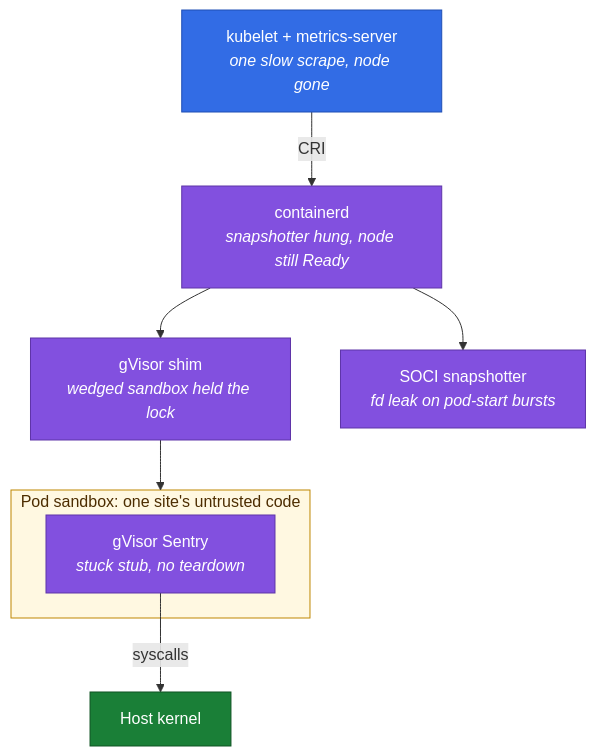
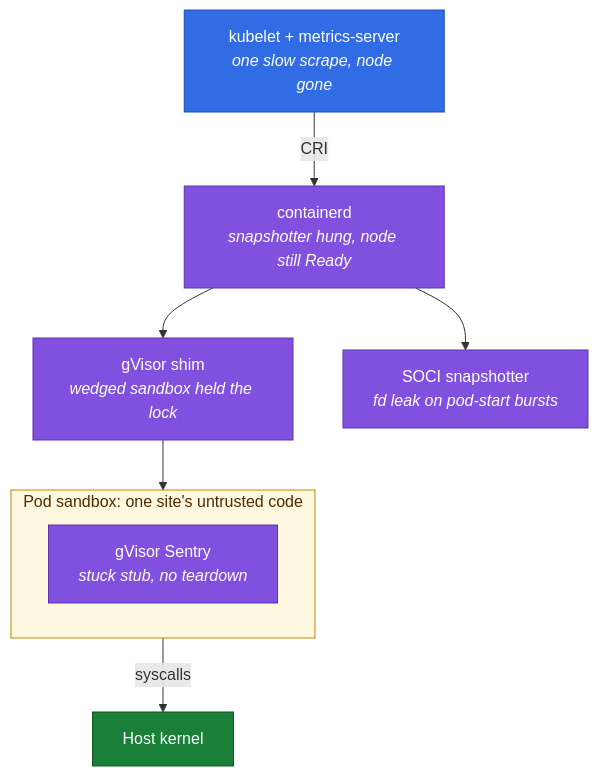
The diagram in README.md (NahumLitvin/NahumLitvin), drawn with Mermaid before and after one commit.

Commit message:
Shorten the syscalls edge

````diff
--- a/README.md
+++ b/README.md
@@ -9,18 +9,18 @@
 ```mermaid
 flowchart TD
   kubelet["kubelet + metrics-server<br/><i>one slow scrape, node gone</i>"] -->|CRI| ctr["containerd<br/><i>snapshotter hung, node still Ready</i>"]
   ctr --> shim["gVisor shim<br/><i>wedged sandbox held the lock</i>"]
   ctr --> soci["SOCI snapshotter<br/><i>fd leak on pod-start bursts</i>"]
   shim --> sandbox
   subgraph sandbox["Pod sandbox: one site's untrusted code"]
     sentry["gVisor Sentry<br/><i>stuck stub, no teardown</i>"]
   end
-  sentry -->|syscalls| kernel["Host kernel"]
+  sandbox -->|syscalls| kernel["Host kernel"]
   style sandbox fill:#fff8e1,stroke:#bf8700,color:#4d2d00
   style kubelet fill:#326ce5,stroke:#1f4fb4,color:#ffffff
   style ctr fill:#8250df,stroke:#5e34a8,color:#ffffff
   style soci fill:#8250df,stroke:#5e34a8,color:#ffffff
   style shim fill:#8250df,stroke:#5e34a8,color:#ffffff
   style sentry fill:#8250df,stroke:#5e34a8,color:#ffffff
   style kernel fill:#1a7f37,stroke:#0f5323,color:#ffffff
 ```
````
